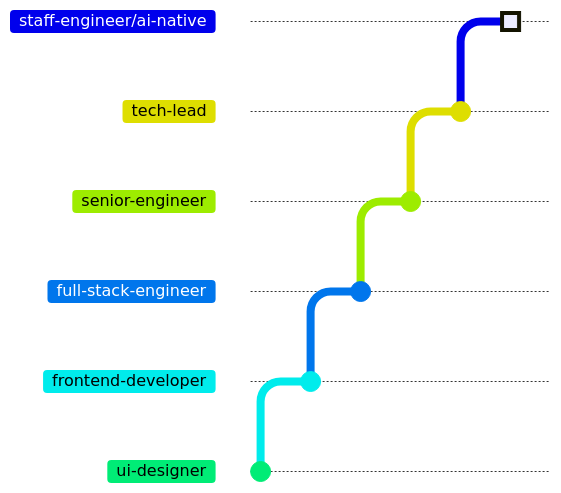
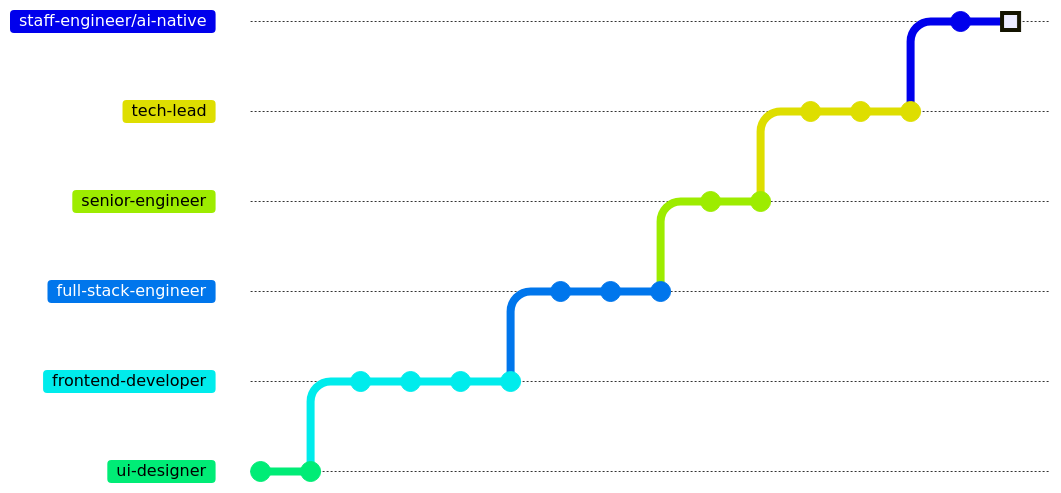
One commit to MuzafferDede/muzafferdede changed the diagram in Readme.md. Above: the diagram before and after it, drawn with Mermaid. Commit ids are hidden.

Commit message:
Give each career branch a few commits

````diff
--- a/Readme.md
+++ b/Readme.md
@@ -1,15 +1,25 @@
 ```mermaid
 %%{init: {'gitGraph': {'mainBranchName': 'ui-designer', 'mainBranchOrder': 5, 'showCommitLabel': false}}}%%
 gitGraph LR:
   commit
+  commit
   branch frontend-developer order: 4
+  commit
+  commit
+  commit
   commit
   branch full-stack-engineer order: 3
   commit
+  commit
+  commit
   branch senior-engineer order: 2
+  commit
   commit
   branch tech-lead order: 1
   commit
+  commit
+  commit
   branch staff-engineer/ai-native order: 0
+  commit
   commit type: HIGHLIGHT
 ```
````
